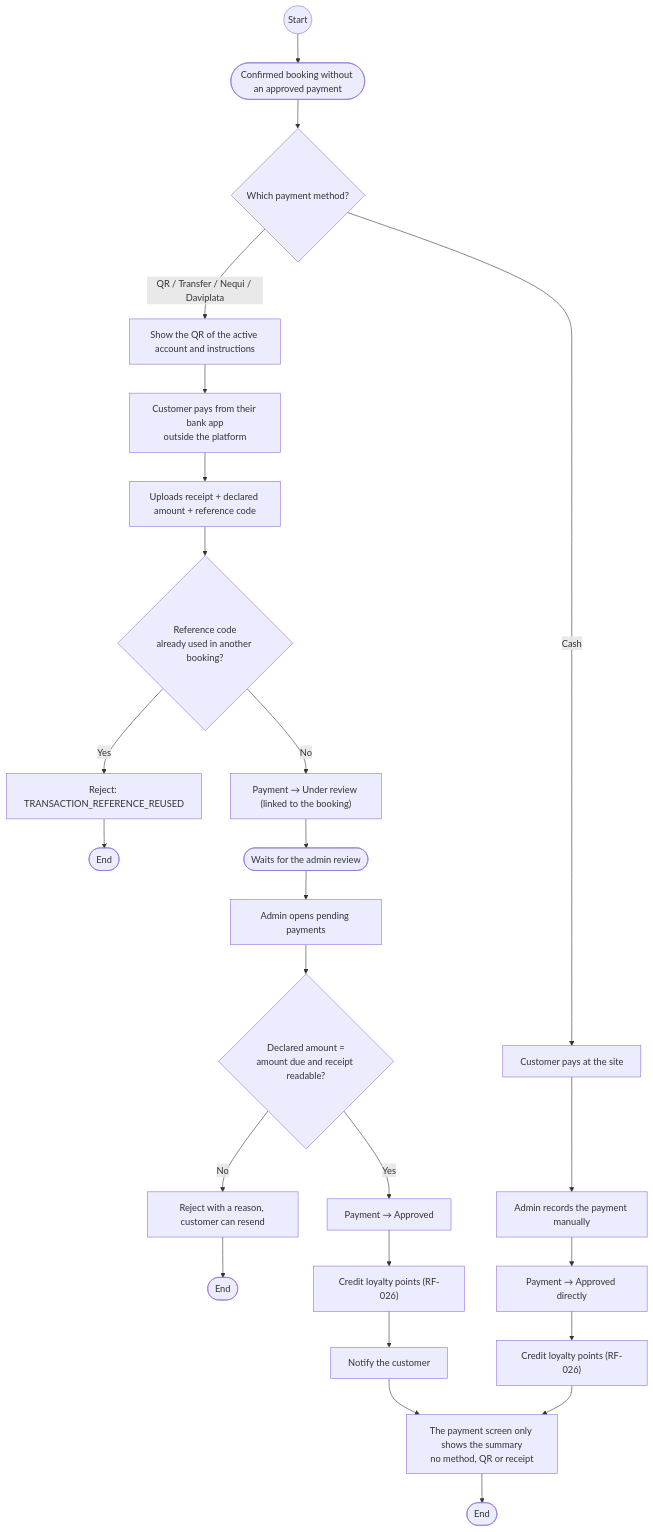
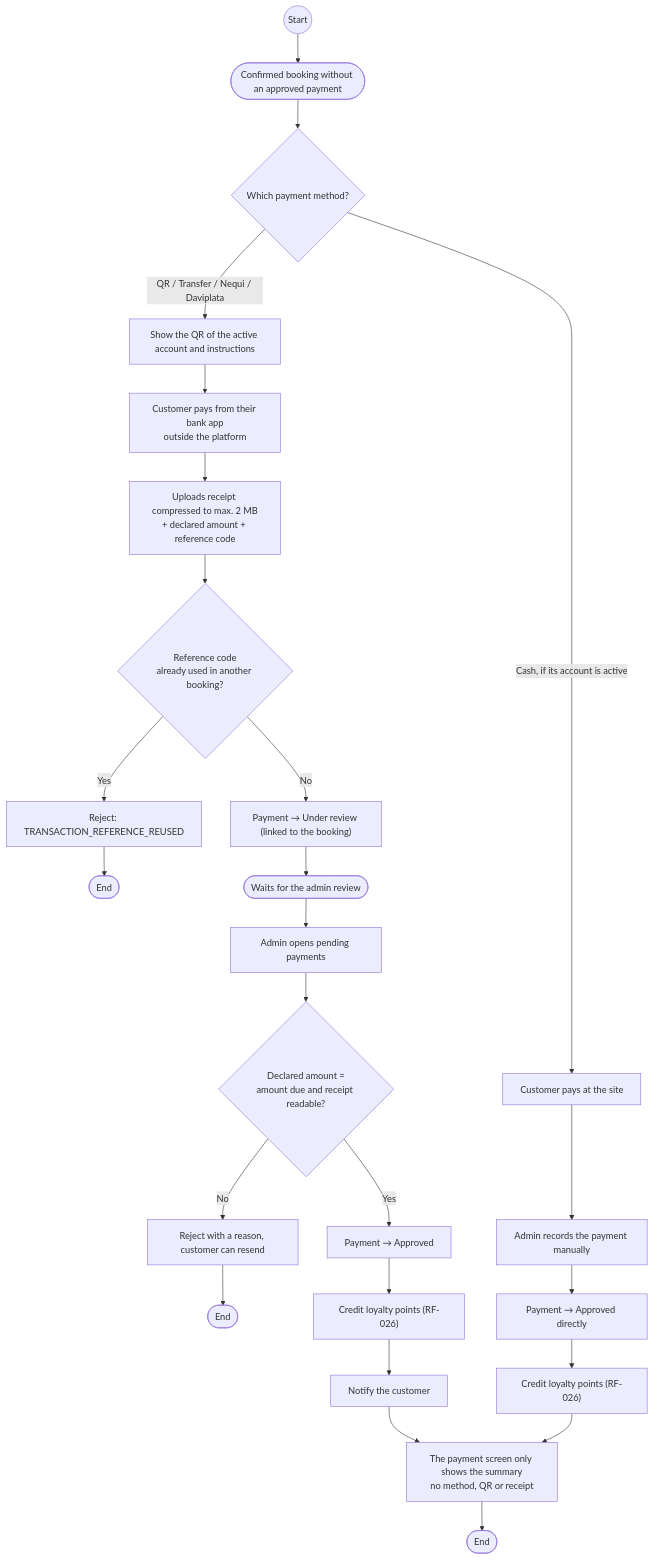
Before and after one commit to BrayanCABRERA123/lavarapido-docs: diagram 18 of 26 in 02_DOCUMENTACION_DE_ANALISIS_DEL_SOFTWARE/EN/MD/software-analysis-documentation.md, drawn with Mermaid. The commit also changed other lines of this file, not shown here.

Commit message:
docs(analysis): add sign-out, the assignment lock, the 2 MB receipt and expired bookings in English (2.4)

````diff
--- a/02_DOCUMENTACION_DE_ANALISIS_DEL_SOFTWARE/EN/MD/software-analysis-documentation.md
+++ b/02_DOCUMENTACION_DE_ANALISIS_DEL_SOFTWARE/EN/MD/software-analysis-documentation.md
@@ -748,30 +766,30 @@
 ```mermaid
 flowchart TD
     start0((Start)) --> start
     start([Confirmed booking without an approved payment]) --> method{Which payment method?}
 
     method -->|QR / Transfer / Nequi / Daviplata| showqr[Show the QR of the active account and instructions]
     showqr --> extpay[Customer pays from their bank app<br/>outside the platform]
-    extpay --> upload[Uploads receipt + declared amount + reference code]
+    extpay --> upload[Uploads receipt compressed to max. 2 MB<br/>+ declared amount + reference code]
     upload --> dup{Reference code<br/>already used in another booking?}
     dup -->|Yes| rejectref[Reject: TRANSACTION_REFERENCE_REUSED]
     rejectref --> stop1([End])
     dup -->|No| inreview["Payment → Under review (linked to the booking)"]
     inreview --> waitadm([Waits for the admin review])
 
-    method -->|Cash| cash[Customer pays at the site]
+    method -->|Cash, if its account is active| cash[Customer pays at the site]
     cash --> register[Admin records the payment manually]
     register --> approved1["Payment → Approved directly"]
     approved1 --> points1["Credit loyalty points (RF-026)"]
     points1 --> lockui
 
     waitadm --> review[Admin opens pending payments]
     review --> compare{Declared amount =<br/>amount due and receipt readable?}
     compare -->|No| reject[Reject with a reason, customer can resend]
     reject --> stop4([End])
     compare -->|Yes| approve["Payment → Approved"]
     approve --> points2["Credit loyalty points (RF-026)"]
     points2 --> notifyc[Notify the customer]
     notifyc --> lockui[The payment screen only shows the summary<br/>no method, QR or receipt]
     lockui --> stop5([End])
 ```
````
